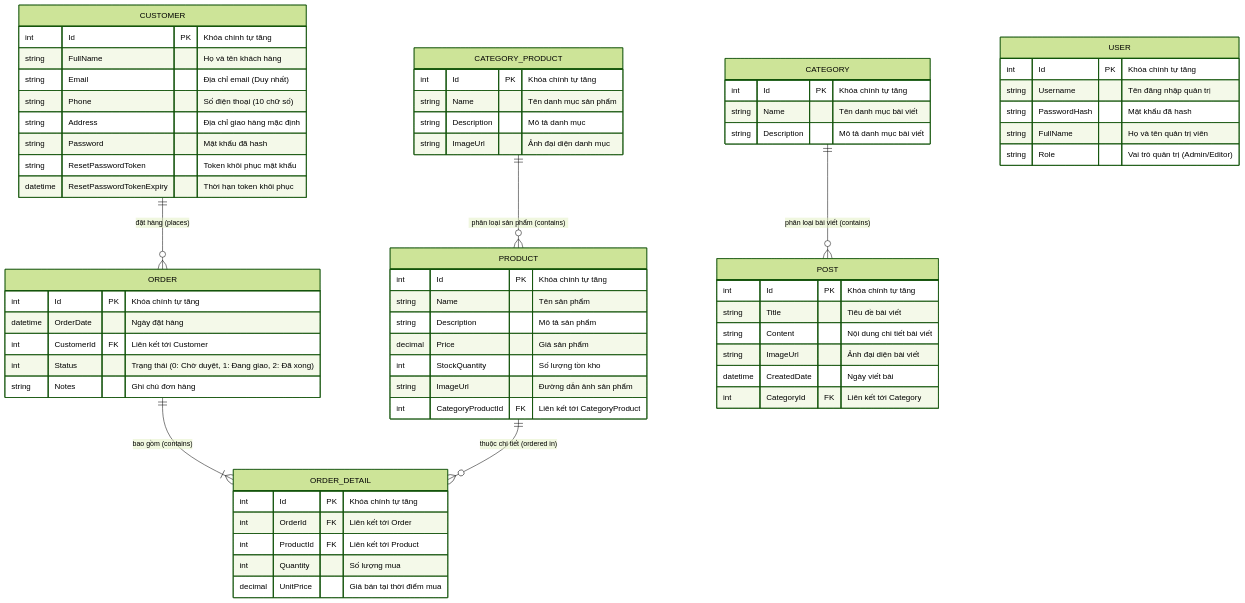
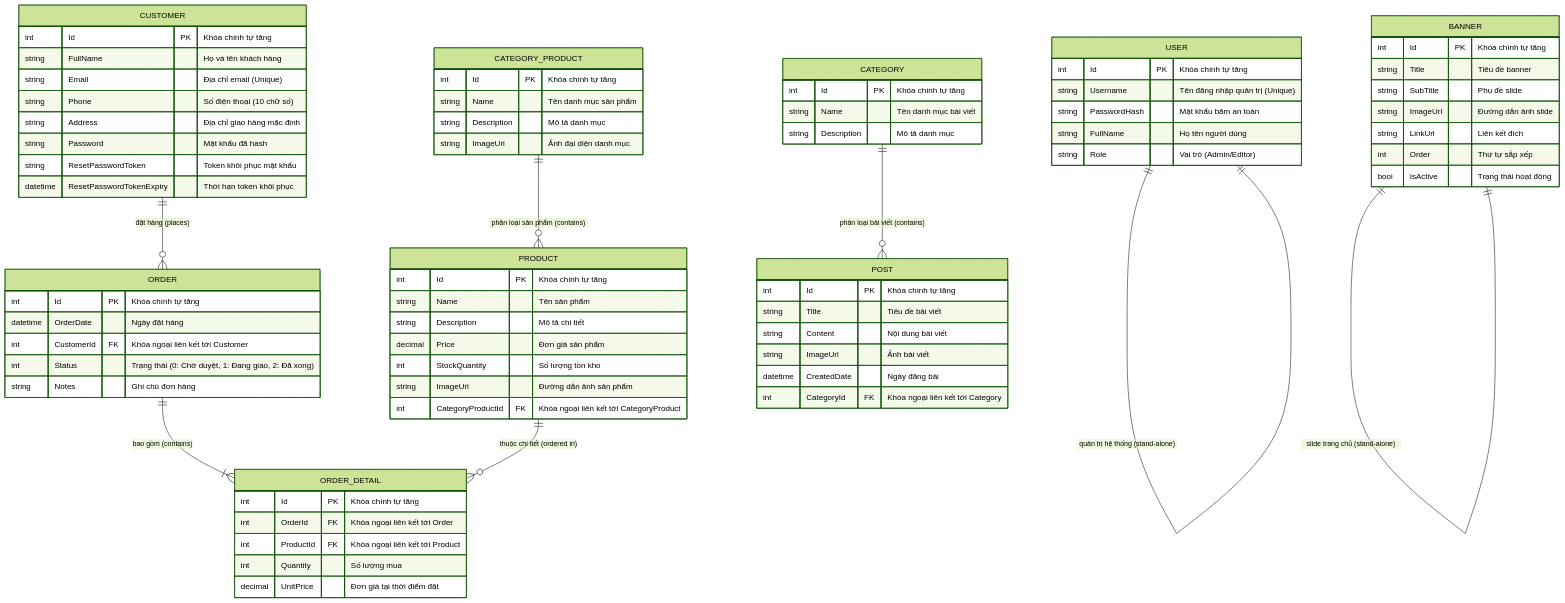
One commit to Huy191104/HuyCMS_Solution changed the second of 3 diagrams in README.md. Above: the diagram before and after it, drawn with Mermaid (forest theme). The commit also changed other lines of this file and 18 other files, not shown here.

````diff
--- a/README.md
+++ b/README.md
@@ -111,19 +102,21 @@
     PRODUCT ||--o{ ORDER_DETAIL : "thuộc chi tiết (ordered in)"
     CATEGORY_PRODUCT ||--o{ PRODUCT : "phân loại sản phẩm (contains)"
     CATEGORY ||--o{ POST : "phân loại bài viết (contains)"
+    USER ||--|| USER : "quản trị hệ thống (stand-alone)"
+    BANNER ||--|| BANNER : "slide trang chủ (stand-alone)"
 
     USER {
         int Id PK "Khóa chính tự tăng"
-        string Username "Tên đăng nhập quản trị"
-        string PasswordHash "Mật khẩu đã hash"
-        string FullName "Họ và tên quản trị viên"
-        string Role "Vai trò quản trị (Admin/Editor)"
+        string Username "Tên đăng nhập quản trị (Unique)"
+        string PasswordHash "Mật khẩu băm an toàn"
+        string FullName "Họ tên người dùng"
+        string Role "Vai trò (Admin/Editor)"
     }
 
     CUSTOMER {
         int Id PK "Khóa chính tự tăng"
         string FullName "Họ và tên khách hàng"
-        string Email "Địa chỉ email (Duy nhất)"
+        string Email "Địa chỉ email (Unique)"
         string Phone "Số điện thoại (10 chữ số)"
         string Address "Địa chỉ giao hàng mặc định"
         string Password "Mật khẩu đã hash"
@@ -134,27 +127,27 @@
     ORDER {
         int Id PK "Khóa chính tự tăng"
         datetime OrderDate "Ngày đặt hàng"
-        int CustomerId FK "Liên kết tới Customer"
+        int CustomerId FK "Khóa ngoại liên kết tới Customer"
         int Status "Trạng thái (0: Chờ duyệt, 1: Đang giao, 2: Đã xong)"
         string Notes "Ghi chú đơn hàng"
     }
 
     ORDER_DETAIL {
         int Id PK "Khóa chính tự tăng"
-        int OrderId FK "Liên kết tới Order"
-        int ProductId FK "Liên kết tới Product"
+        int OrderId FK "Khóa ngoại liên kết tới Order"
+        int ProductId FK "Khóa ngoại liên kết tới Product"
         int Quantity "Số lượng mua"
-        decimal UnitPrice "Giá bán tại thời điểm mua"
+        decimal UnitPrice "Đơn giá tại thời điểm đặt"
     }
 
     PRODUCT {
         int Id PK "Khóa chính tự tăng"
         string Name "Tên sản phẩm"
-        string Description "Mô tả sản phẩm"
-        decimal Price "Giá sản phẩm"
+        string Description "Mô tả chi tiết"
+        decimal Price "Đơn giá sản phẩm"
         int StockQuantity "Số lượng tồn kho"
         string ImageUrl "Đường dẫn ảnh sản phẩm"
-        int CategoryProductId FK "Liên kết tới CategoryProduct"
+        int CategoryProductId FK "Khóa ngoại liên kết tới CategoryProduct"
     }
 
     CATEGORY_PRODUCT {
@@ -167,15 +160,25 @@
     CATEGORY {
         int Id PK "Khóa chính tự tăng"
         string Name "Tên danh mục bài viết"
-        string Description "Mô tả danh mục bài viết"
+        string Description "Mô tả danh mục"
     }
 
     POST {
         int Id PK "Khóa chính tự tăng"
         string Title "Tiêu đề bài viết"
-        string Content "Nội dung chi tiết bài viết"
-        string ImageUrl "Ảnh đại diện bài viết"
-        datetime CreatedDate "Ngày viết bài"
-        int CategoryId FK "Liên kết tới Category"
+        string Content "Nội dung bài viết"
+        string ImageUrl "Ảnh bài viết"
+        datetime CreatedDate "Ngày đăng bài"
+        int CategoryId FK "Khóa ngoại liên kết tới Category"
+    }
+
+    BANNER {
+        int Id PK "Khóa chính tự tăng"
+        string Title "Tiêu đề banner"
+        string SubTitle "Phụ đề slide"
+        string ImageUrl "Đường dẫn ảnh slide"
+        string LinkUrl "Liên kết đích"
+        int Order "Thứ tự sắp xếp"
+        bool IsActive "Trạng thái hoạt động"
     }
 ```
````
